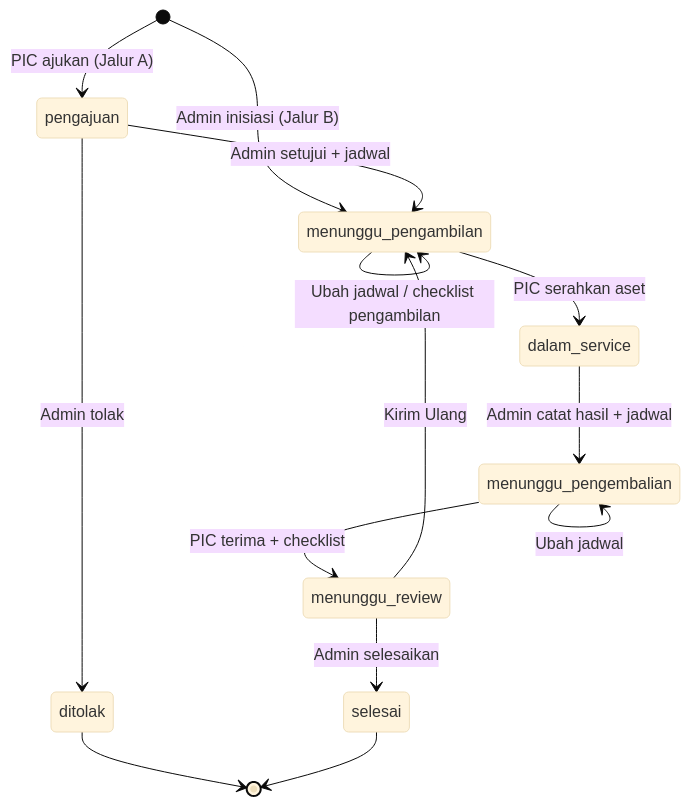
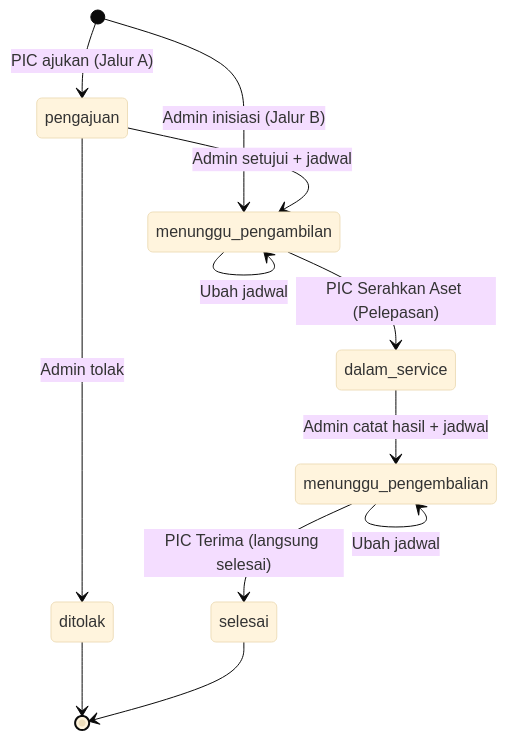
Before and after one commit to setiyawan12/DOKUMENTASI-ASSET: the third of 4 diagrams in dokumentasi-asset-upgrade-ruangan.md, drawn with Mermaid (base theme). The commit also changed other lines of this file and 6 other files, not shown here.

````diff
--- a/dokumentasi-asset-upgrade-ruangan.md
+++ b/dokumentasi-asset-upgrade-ruangan.md
@@ -210,16 +211,14 @@
 ```mermaid
 stateDiagram-v2
     [*] --> pengajuan: PIC ajukan (Jalur A)
     [*] --> menunggu_pengambilan: Admin inisiasi (Jalur B)
     pengajuan --> ditolak: Admin tolak
     pengajuan --> menunggu_pengambilan: Admin setujui + jadwal
-    menunggu_pengambilan --> menunggu_pengambilan: Ubah jadwal / checklist pengambilan
-    menunggu_pengambilan --> dalam_service: PIC serahkan aset
+    menunggu_pengambilan --> menunggu_pengambilan: Ubah jadwal
+    menunggu_pengambilan --> dalam_service: PIC Serahkan Aset (Pelepasan)
     dalam_service --> menunggu_pengembalian: Admin catat hasil + jadwal
     menunggu_pengembalian --> menunggu_pengembalian: Ubah jadwal
-    menunggu_pengembalian --> menunggu_review: PIC terima + checklist
-    menunggu_review --> menunggu_pengambilan: Kirim Ulang
-    menunggu_review --> selesai: Admin selesaikan
+    menunggu_pengembalian --> selesai: PIC Terima (langsung selesai)
     ditolak --> [*]
     selesai --> [*]
 ```
````
